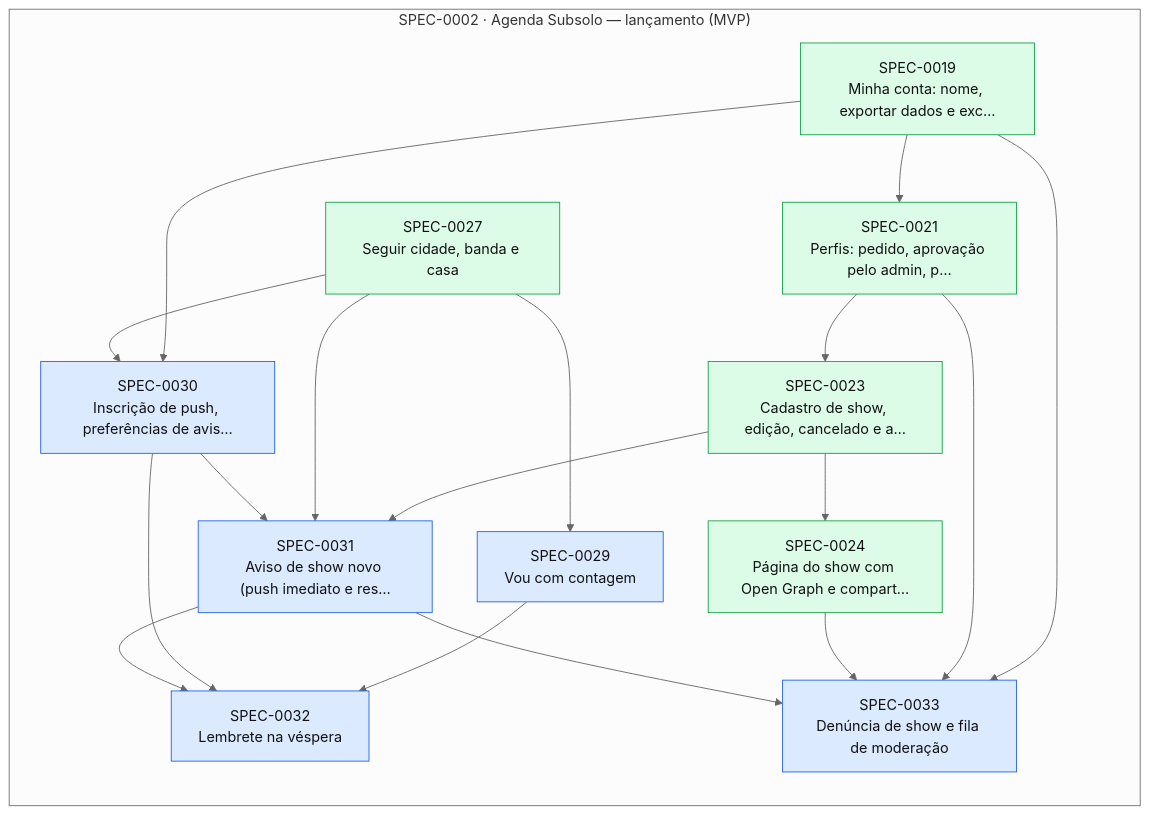
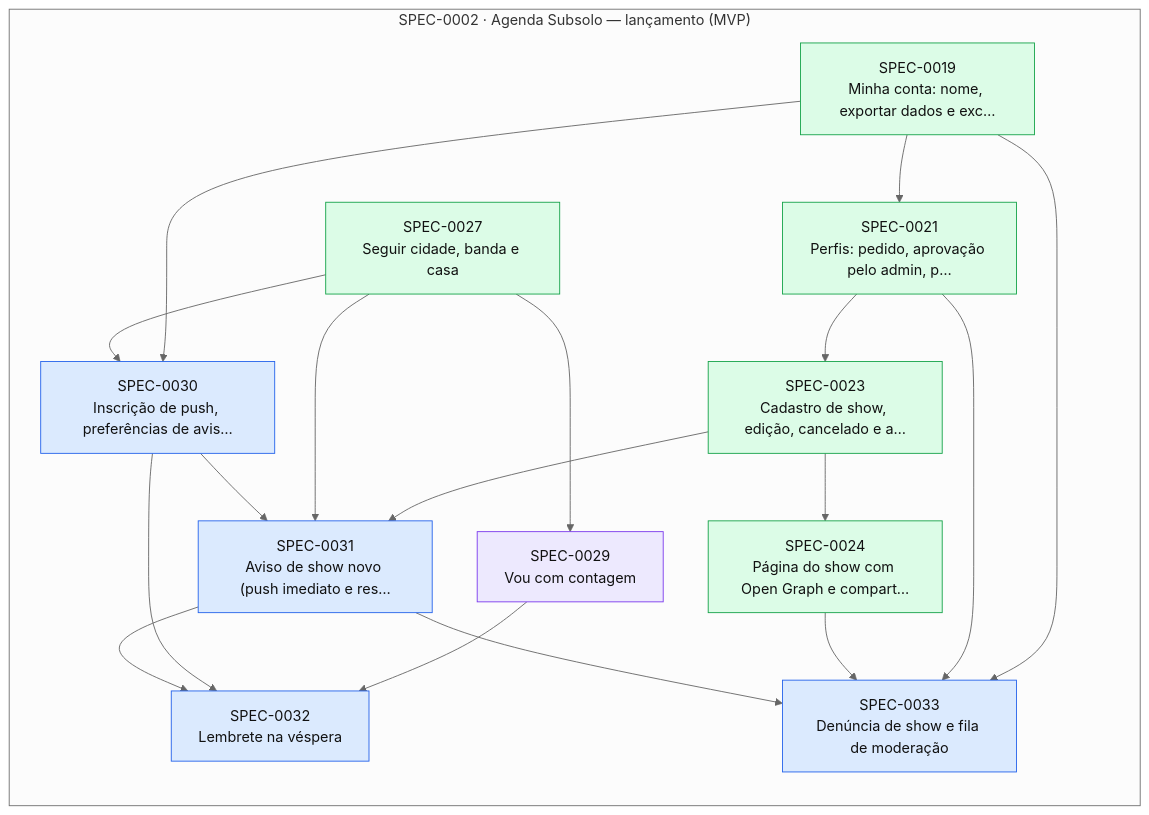
The diagram in docs/specs/INDEX.md (thomasravache/subsolo), drawn with Mermaid (neutral theme) before and after one commit. The commit also changed other lines of this file and 1 other file, not shown here.

First line of the commit message:
docs(sdd): start SPEC-0029

````diff
--- a/docs/specs/INDEX.md
+++ b/docs/specs/INDEX.md
@@ -70,36 +70,36 @@
 ```mermaid
 flowchart LR
   subgraph E0002["SPEC-0002 · Agenda Subsolo — lançamento (MVP)"]
     S0019["SPEC-0019<br/>Minha conta: nome, exportar dados e exc…"]:::implemented
     S0021["SPEC-0021<br/>Perfis: pedido, aprovação pelo admin, p…"]:::implemented
     S0023["SPEC-0023<br/>Cadastro de show, edição, cancelado e a…"]:::implemented
     S0024["SPEC-0024<br/>Página do show com Open Graph e compart…"]:::implemented
     S0027["SPEC-0027<br/>Seguir cidade, banda e casa"]:::implemented
-    S0029["SPEC-0029<br/>Vou com contagem"]:::approved
+    S0029["SPEC-0029<br/>Vou com contagem"]:::inprogress
     S0030["SPEC-0030<br/>Inscrição de push, preferências de avis…"]:::approved
     S0031["SPEC-0031<br/>Aviso de show novo (push imediato e res…"]:::approved
     S0032["SPEC-0032<br/>Lembrete na véspera"]:::approved
     S0033["SPEC-0033<br/>Denúncia de show e fila de moderação"]:::approved
   end
   S0019 --> S0021
   S0021 --> S0023
   S0023 --> S0024
   S0027 --> S0029
   S0019 --> S0030
   S0027 --> S0030
   S0023 --> S0031
   S0027 --> S0031
   S0030 --> S0031
   S0029 --> S0032
   S0030 --> S0032
   S0031 --> S0032
   S0019 --> S0033
   S0021 --> S0033
   S0024 --> S0033
   S0031 --> S0033
   classDef proposed fill:#fef3c7,stroke:#d97706,color:#111
   classDef approved fill:#dbeafe,stroke:#2563eb,color:#111
   classDef inprogress fill:#ede9fe,stroke:#7c3aed,color:#111
   classDef implemented fill:#dcfce7,stroke:#16a34a,color:#111
   classDef deprecated fill:#f3f4f6,stroke:#9ca3af,color:#6b7280
 ```
````
